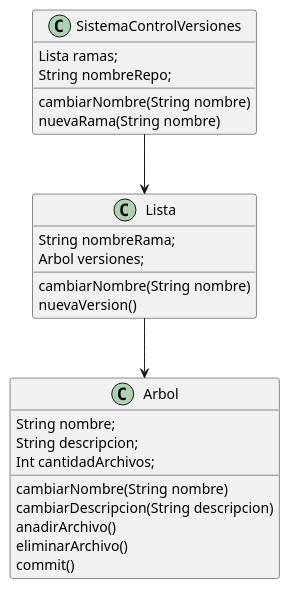
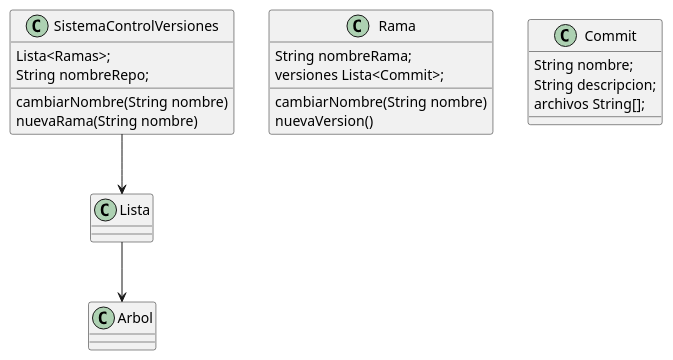
Before and after one commit to mmasias/24-25-EDA1: the diagram in entregas/deCosSaul/reto-005/ControlVersiones.puml, drawn with PlantUML. The commit also changed 1 other file, not shown here.

```diff
--- a/entregas/deCosSaul/reto-005/ControlVersiones.puml
+++ b/entregas/deCosSaul/reto-005/ControlVersiones.puml
@@ -1,26 +1,21 @@
 @startuml
 class SistemaControlVersiones{
-  Lista ramas;
+  Lista<Ramas>;
   String nombreRepo;
   cambiarNombre(String nombre)
   nuevaRama(String nombre)
 }
-class Lista{
+class Rama{
   String nombreRama;
-  Arbol versiones;
+  versiones Lista<Commit>;
   cambiarNombre(String nombre)
   nuevaVersion()
 }
-class Arbol{
+class Commit{
   String nombre;
   String descripcion;
-  Int cantidadArchivos;
-  cambiarNombre(String nombre)
-  cambiarDescripcion(String descripcion)
-  anadirArchivo()
-  eliminarArchivo()
-  commit()
+  archivos String[];
 }
 SistemaControlVersiones --> Lista
 Lista --> Arbol
 @enduml
```
